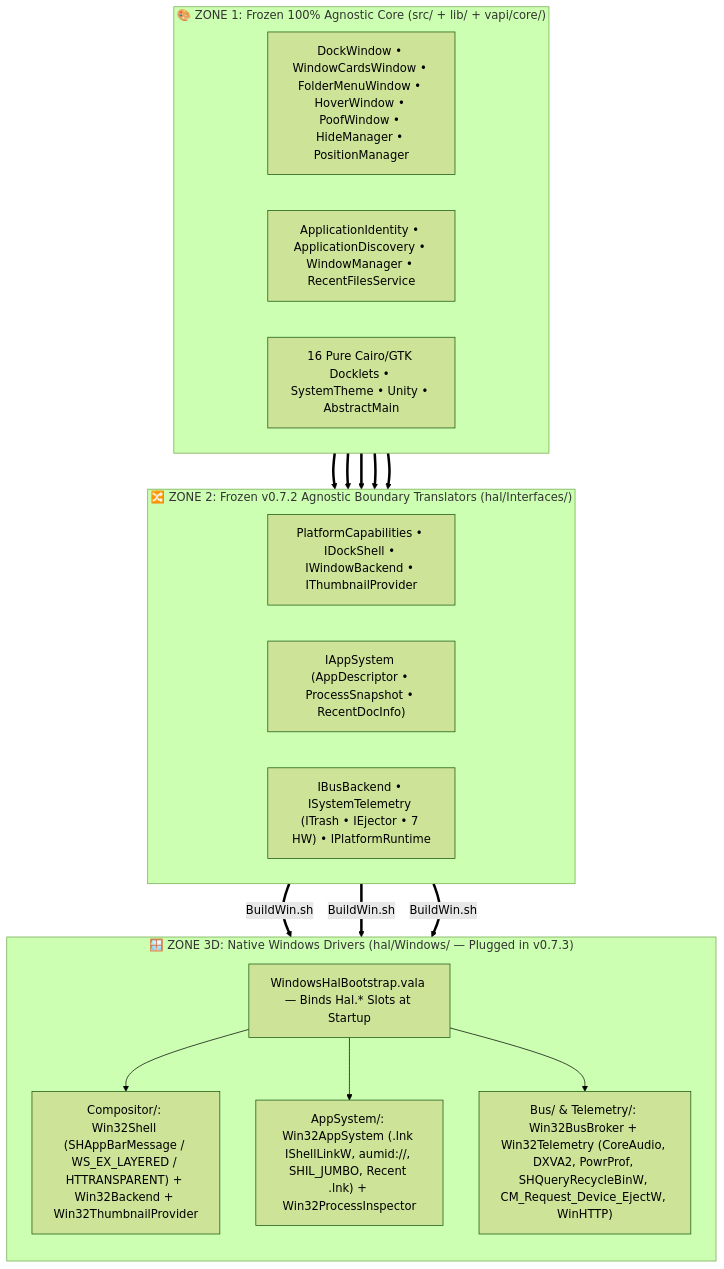
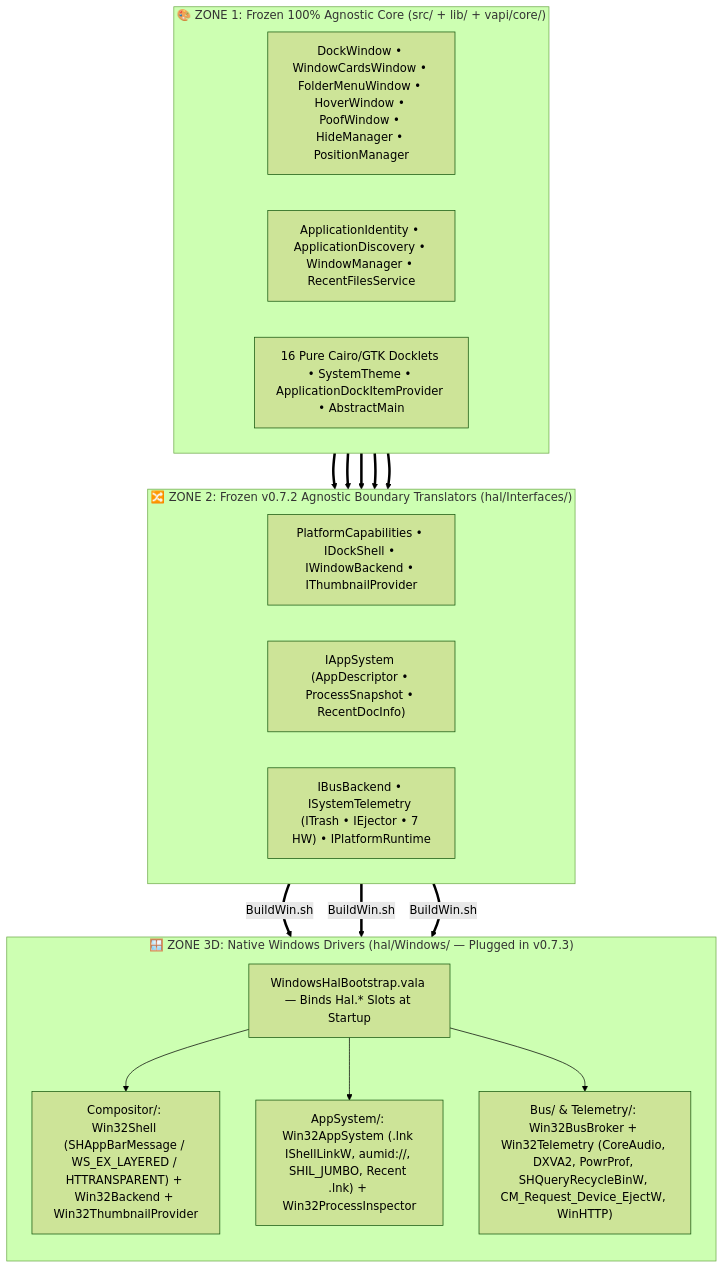
One commit to sergiomelas/WayPlank changed the third of 7 diagrams in Documentation/Architecture/HAL_WINDOWS_BACKEND.md. Above: the diagram before and after it, drawn with Mermaid (forest theme). The commit also changed other lines of this file and 5 other files, not shown here.

````diff
--- a/Documentation/Architecture/HAL_WINDOWS_BACKEND.md
+++ b/Documentation/Architecture/HAL_WINDOWS_BACKEND.md
@@ -116,36 +116,36 @@
 ```mermaid
 flowchart TD
     subgraph ZONE1 ["🎨 ZONE 1: Frozen 100% Agnostic Core (src/ + lib/ + vapi/core/)"]
         direction LR
         UI_WIN["DockWindow • WindowCardsWindow • FolderMenuWindow • HoverWindow • PoofWindow • HideManager • PositionManager"];
         ID_CORE["ApplicationIdentity • ApplicationDiscovery • WindowManager • RecentFilesService"];
-        DOCKLETS["16 Pure Cairo/GTK Docklets • SystemTheme • Unity • AbstractMain"];
+        DOCKLETS["16 Pure Cairo/GTK Docklets • SystemTheme • ApplicationDockItemProvider • AbstractMain"];
     end
 
     subgraph ZONE2 ["🔀 ZONE 2: Frozen v0.7.2 Agnostic Boundary Translators (hal/Interfaces/)"]
         direction LR
         C_COMP["PlatformCapabilities • IDockShell • IWindowBackend • IThumbnailProvider"];
         C_APP["IAppSystem (AppDescriptor • ProcessSnapshot • RecentDocInfo)"];
         C_BUS["IBusBackend • ISystemTelemetry (ITrash • IEjector • 7 HW) • IPlatformRuntime"];
     end
 
     subgraph ZONE3D ["🪟 ZONE 3D: Native Windows Drivers (hal/Windows/ — Plugged in v0.7.3)"]
         direction TB
         W_BOOT["WindowsHalBootstrap.vala — Binds Hal.* Slots at Startup"];
         W_COMP["Compositor/: Win32Shell (SHAppBarMessage / WS_EX_LAYERED / HTTRANSPARENT) + Win32Backend + Win32ThumbnailProvider"];
         W_APP["AppSystem/: Win32AppSystem (.lnk IShellLinkW, aumid://, SHIL_JUMBO, Recent .lnk) + Win32ProcessInspector"];
         W_BUS["Bus/ & Telemetry/: Win32BusBroker + Win32Telemetry (CoreAudio, DXVA2, PowrProf, SHQueryRecycleBinW, CM_Request_Device_EjectW, WinHTTP)"];
         W_BOOT --> W_COMP;
         W_BOOT --> W_APP;
         W_BOOT --> W_BUS;
     end
 
     UI_WIN ==> C_COMP;
     ID_CORE ==> C_COMP;
     ID_CORE ==> C_APP;
     ID_CORE ==> C_BUS;
     DOCKLETS ==> C_BUS;
     C_COMP ==>|"BuildWin.sh"| W_COMP;
     C_APP ==>|"BuildWin.sh"| W_APP;
     C_BUS ==>|"BuildWin.sh"| W_BUS;
 ```
````
